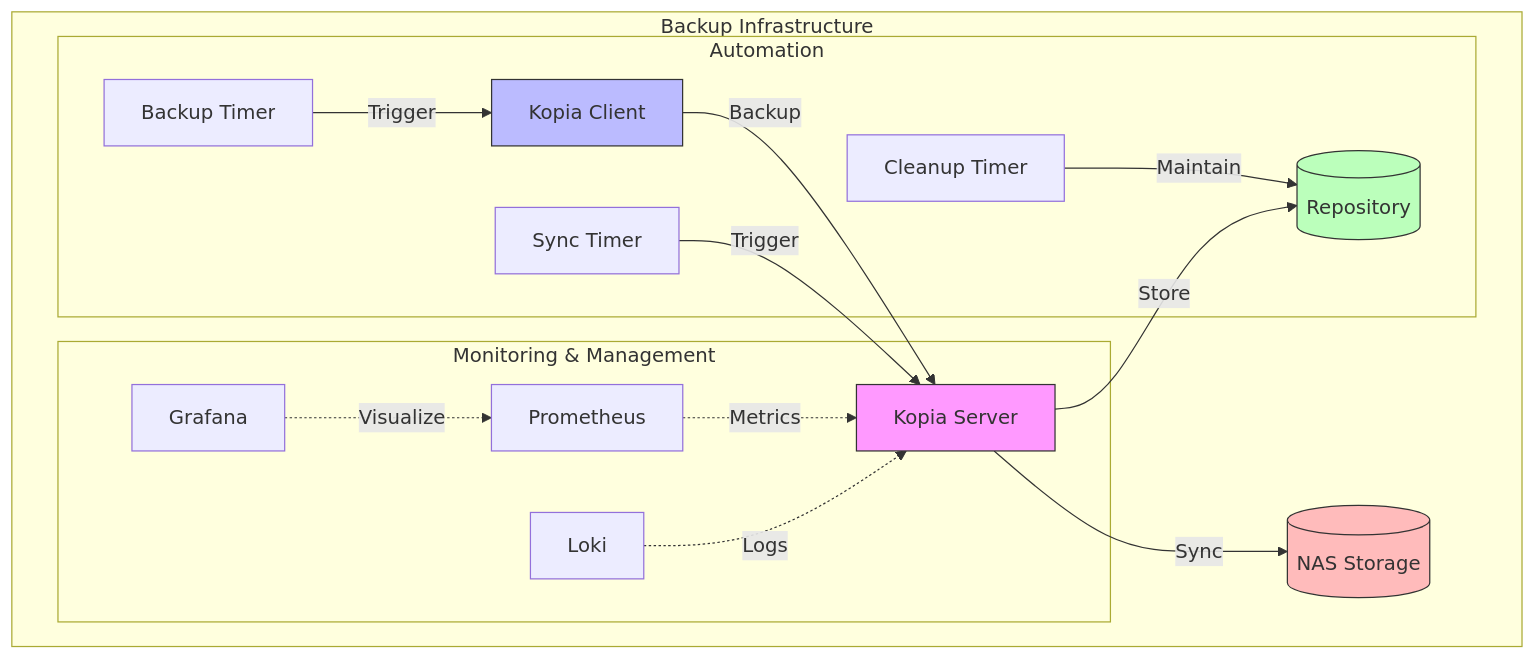
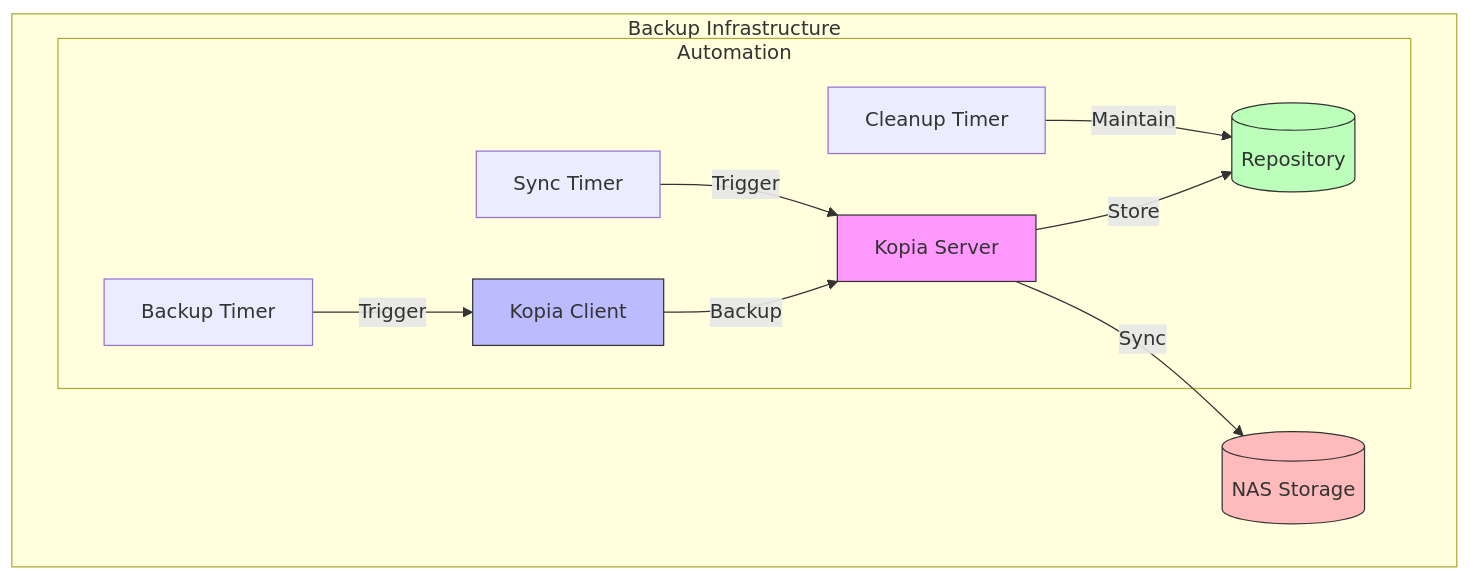
Before and after one commit to eblet/kopia-backup-run: the diagram in README.md, drawn with Mermaid. The commit also changed other lines of this file, not shown here.

````diff
--- a/README.md
+++ b/README.md
@@ -7,25 +16,19 @@
 ```mermaid
 graph TB
     subgraph "Backup Infrastructure"
         C[Kopia Client] -->|Backup| S[Kopia Server]
         S -->|Store| R[(Repository)]
         S -->|Sync| N[(NAS Storage)]
-        
-        subgraph "Monitoring & Management"
-            P[Prometheus] -.->|Metrics| S
-            G[Grafana] -.->|Visualize| P
-            L[Loki] -.->|Logs| S
-        end
         
         subgraph "Automation"
             T1[Backup Timer] -->|Trigger| C
             T2[Sync Timer] -->|Trigger| S
             T3[Cleanup Timer] -->|Maintain| R
         end
     end
 
     style S fill:#f9f,stroke:#333
     style C fill:#bbf,stroke:#333
     style R fill:#bfb,stroke:#333
     style N fill:#fbb,stroke:#333
 ```
````
